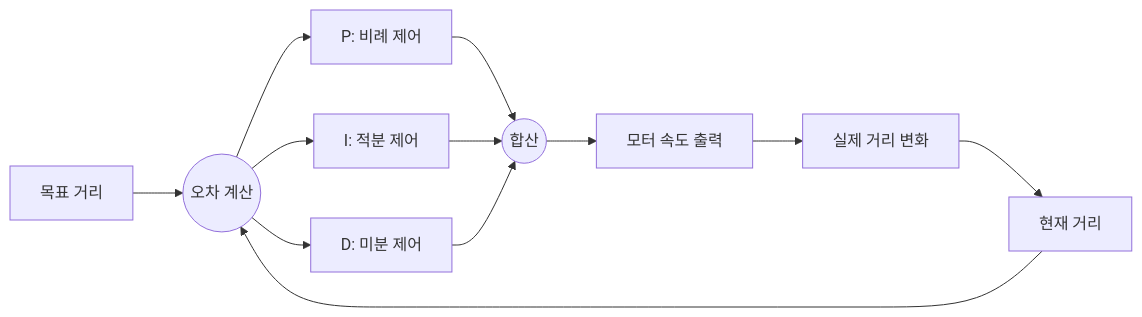
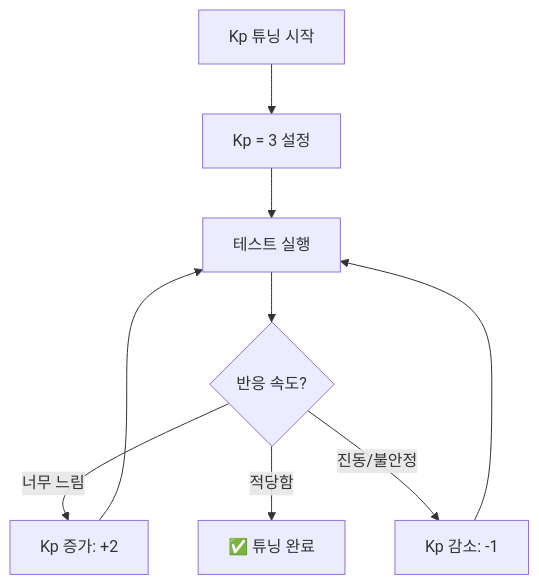
Diagram 17 of 20 in document/algorithms_flowchart.md (Collegenie-X/Arduino_AutoPlot), drawn with Mermaid before and after one commit. The commit also changed other lines of this file and 3 other files, not shown here.

````diff
--- a/document/algorithms_flowchart.md
+++ b/document/algorithms_flowchart.md
@@ -397,14 +465,13 @@
 ```mermaid
-flowchart LR
-    A[목표 거리] --> B((오차 계산))
-    C[현재 거리] --> B
-    B --> D[P: 비례 제어]
-    B --> E[I: 적분 제어]
-    B --> F[D: 미분 제어]
-    D --> G((합산))
-    E --> G
-    F --> G
-    G --> H[모터 속도 출력]
-    H --> I[실제 거리 변화]
-    I --> C
+flowchart TD
+    A[Kp 튜닝 시작] --> B[Kp = 3 설정]
+    B --> C[테스트 실행]
+    C --> D{반응 속도?}
+    
+    D -->|너무 느림| E[Kp 증가: +2]
+    D -->|적당함| F[✅ 튜닝 완료]
+    D -->|진동/불안정| G[Kp 감소: -1]
+    
+    E --> C
+    G --> C
 ```
````
